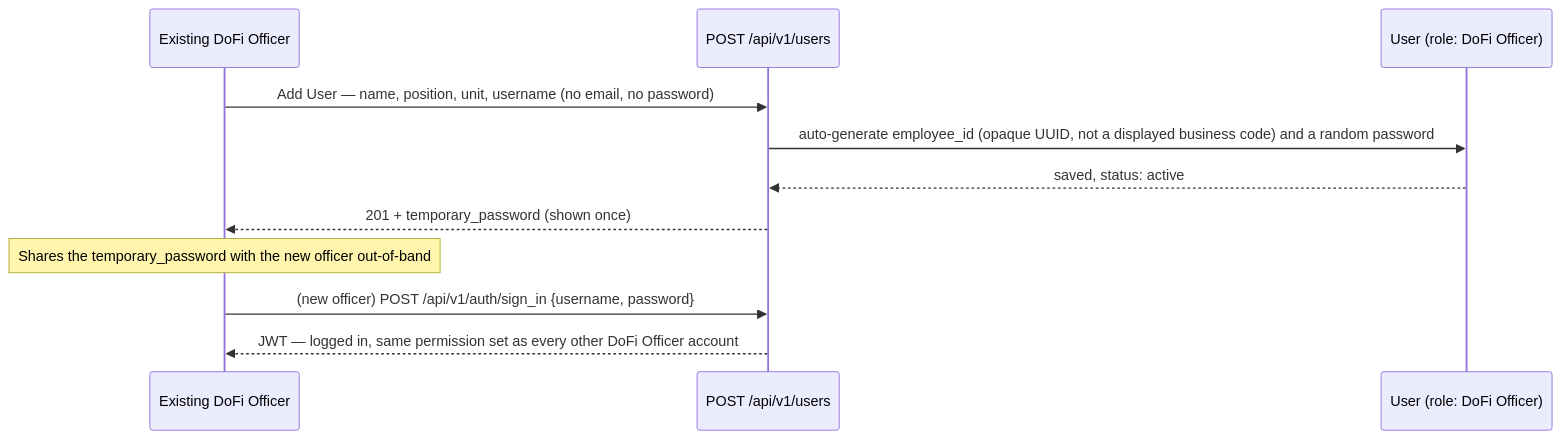
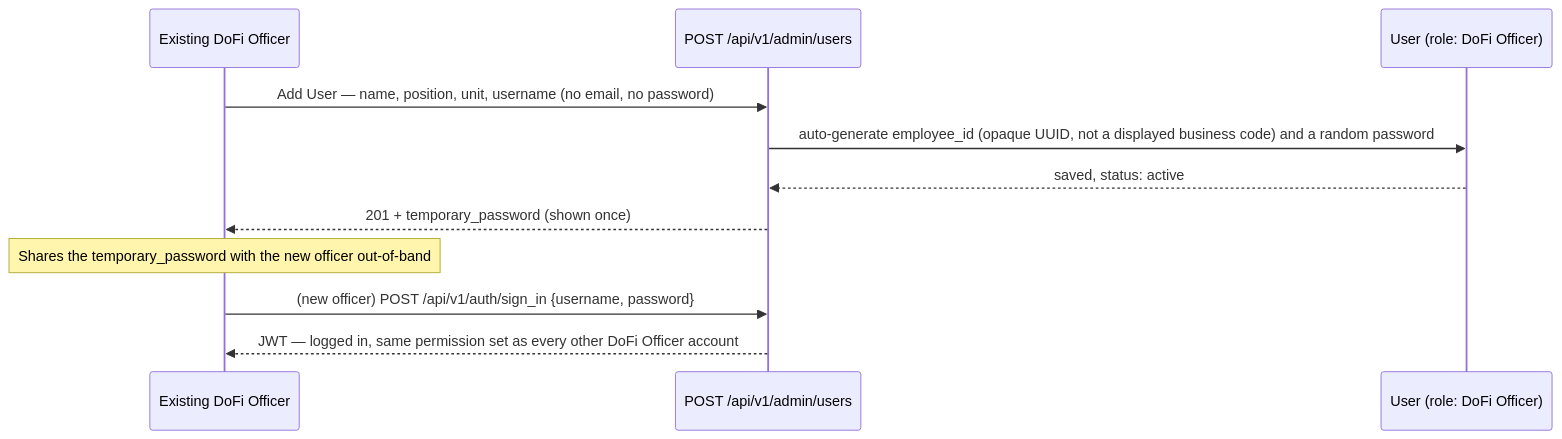
Before and after one commit to arya020595/st_dofi_backend: the first of 3 diagrams in docs/registration/business-flow.md, drawn with Mermaid. The commit also changed other lines of this file and 140 other files, not shown here.

````diff
--- a/docs/registration/business-flow.md
+++ b/docs/registration/business-flow.md
@@ -66,14 +66,14 @@
 ```mermaid
 sequenceDiagram
     participant Existing as Existing DoFi Officer
-    participant API as POST /api/v1/users
+    participant API as POST /api/v1/admin/users
     participant DB as User (role: DoFi Officer)
 
     Existing->>API: Add User — name, position, unit, username (no email, no password)
     API->>DB: auto-generate employee_id (opaque UUID, not a displayed business code) and a random password
     DB-->>API: saved, status: active
     API-->>Existing: 201 + temporary_password (shown once)
     Note over Existing: Shares the temporary_password with the new officer out-of-band
     Existing->>API: (new officer) POST /api/v1/auth/sign_in {username, password}
     API-->>Existing: JWT — logged in, same permission set as every other DoFi Officer account
 ```
````
